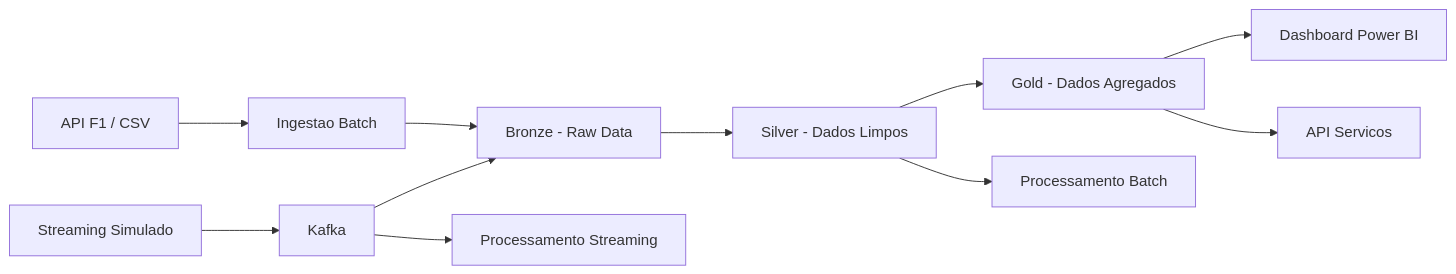
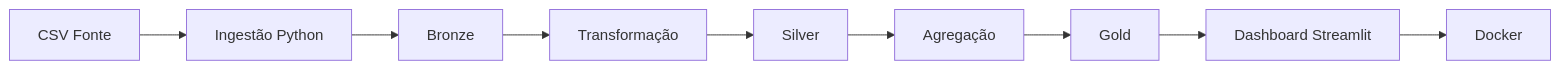
The diagram in README.md (CoelhinDaPpipoca/F1-Data-Analytics-Pipeline), drawn with Mermaid before and after one commit. The commit also changed other lines of this file and 11 other files, not shown here.

````diff
--- a/README.md
+++ b/README.md
@@ -85,18 +24,37 @@
 ```mermaid
 flowchart LR
 
-A[API F1 / CSV] --> B[Ingestao Batch]
-C[Streaming Simulado] --> D[Kafka]
+A[CSV Fonte]
 
-B --> E[Bronze - Raw Data]
-D --> E
+-->
 
-E --> F[Silver - Dados Limpos]
-F --> G[Gold - Dados Agregados]
+B[Ingestão Python]
 
-F --> H[Processamento Batch]
-D --> I[Processamento Streaming]
+-->
 
-G --> J[Dashboard Power BI]
-G --> K[API Servicos]
+C[Bronze]
+
+-->
+
+D[Transformação]
+
+-->
+
+E[Silver]
+
+-->
+
+F[Agregação]
+
+-->
+
+G[Gold]
+
+-->
+
+H[Dashboard Streamlit]
+
+-->
+
+I[Docker]
 ```
````
